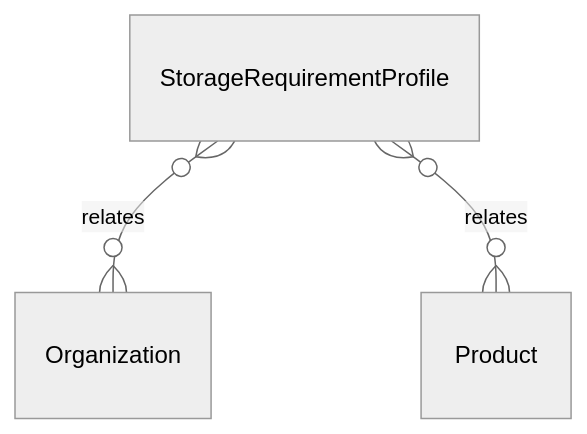
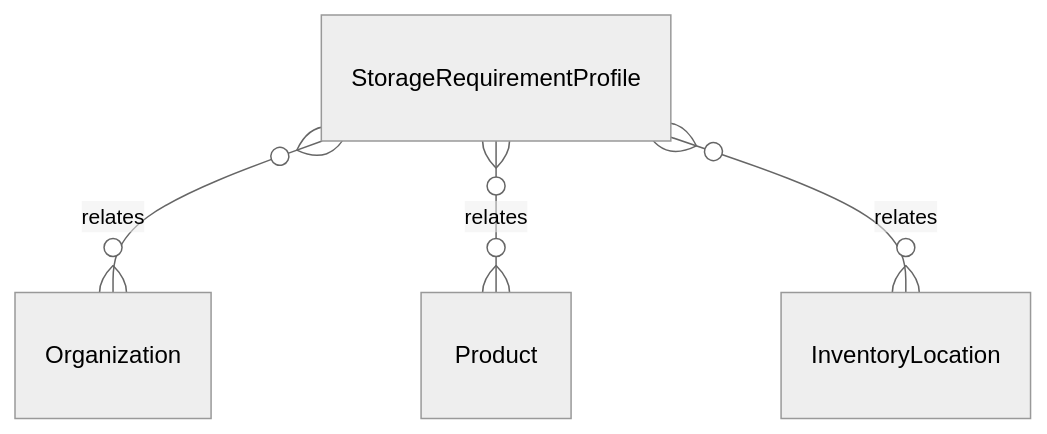
The diagram in .kb/Database/StorageRequirementProfile.md (tejasnirala/rcln), drawn with Mermaid (neutral theme) before and after one commit. The commit also changed other lines of this file and 148 other files, not shown here.

````diff
--- a/.kb/Database/StorageRequirementProfile.md
+++ b/.kb/Database/StorageRequirementProfile.md
@@ -50,5 +51,6 @@
 ```mermaid
 erDiagram
     StorageRequirementProfile }o--o{ Organization : relates
     StorageRequirementProfile }o--o{ Product : relates
+    StorageRequirementProfile }o--o{ InventoryLocation : relates
 ```
````
